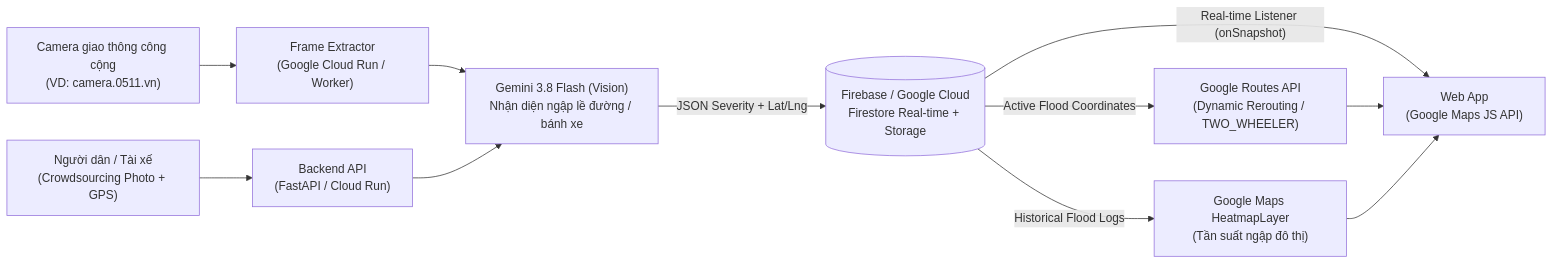
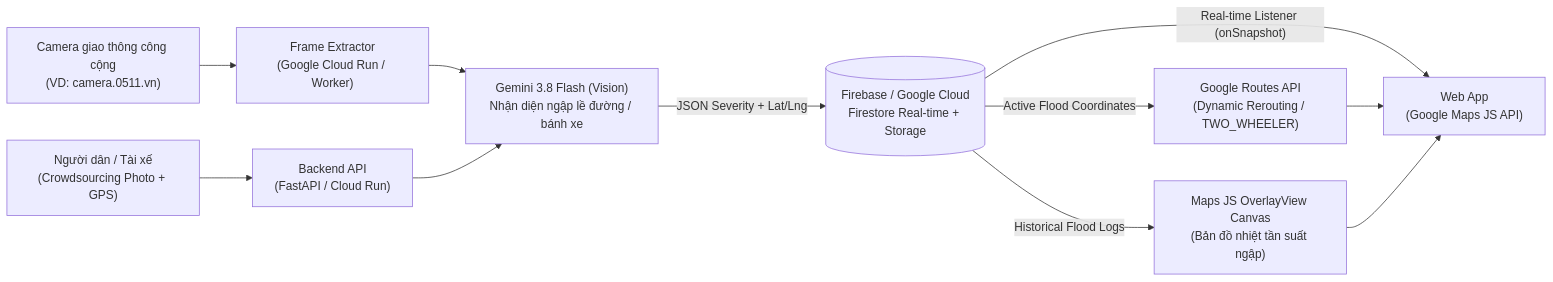
Before and after one commit to Gold2k2k2k/flood-safe-routing: the diagram in README.md, drawn with Mermaid. The commit also changed 31 other files, not shown here.

````diff
--- a/README.md
+++ b/README.md
@@ -93,13 +93,13 @@
 ```mermaid
 flowchart LR
     CAM["Camera giao thông công cộng\n(VD: camera.0511.vn)"] --> ING["Frame Extractor\n(Google Cloud Run / Worker)"]
     USR["Người dân / Tài xế\n(Crowdsourcing Photo + GPS)"] --> API["Backend API\n(FastAPI / Cloud Run)"]
     ING --> GEM["Gemini 3.8 Flash (Vision)\nNhận diện ngập lề đường / bánh xe"]
     API --> GEM
     GEM -->|"JSON Severity + Lat/Lng"| FB[("Firebase / Google Cloud\nFirestore Real-time + Storage")]
     FB -->|"Real-time Listener (onSnapshot)"| WEB["Web App\n(Google Maps JS API)"]
     FB -->|"Active Flood Coordinates"| ROUTES["Google Routes API\n(Dynamic Rerouting / TWO_WHEELER)"]
-    FB -->|"Historical Flood Logs"| HEAT["Google Maps HeatmapLayer\n(Tần suất ngập đô thị)"]
+    FB -->|"Historical Flood Logs"| HEAT["Maps JS OverlayView Canvas\n(Bản đồ nhiệt tần suất ngập)"]
     ROUTES --> WEB
     HEAT --> WEB
 ```
````
